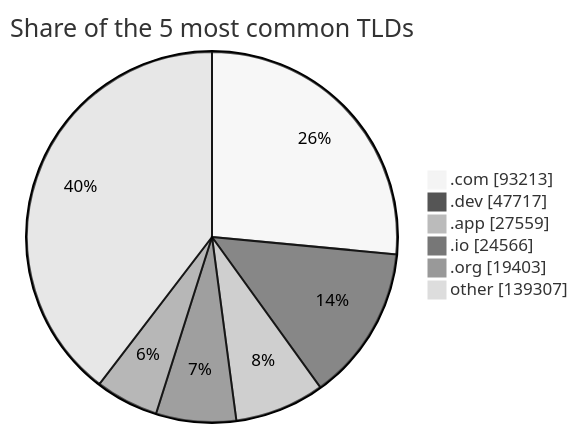
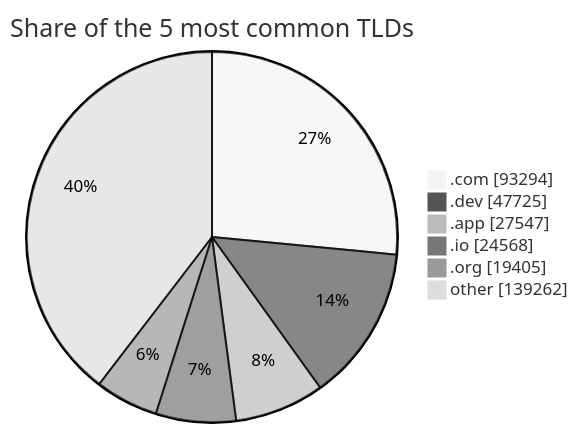
Before and after one commit to DNSBunker/CTI: the third of 3 diagrams in README.md, drawn with Mermaid (neutral theme). The commit also changed other lines of this file and 3 other files, not shown here.

````diff
--- a/README.md
+++ b/README.md
@@ -81,9 +81,9 @@
 ```mermaid
 pie showData title Share of the 5 most common TLDs
-    ".com" : 93213
-    ".dev" : 47717
-    ".app" : 27559
-    ".io" : 24566
-    ".org" : 19403
-    "other" : 139307
+    ".com" : 93294
+    ".dev" : 47725
+    ".app" : 27547
+    ".io" : 24568
+    ".org" : 19405
+    "other" : 139262
 ```
````
